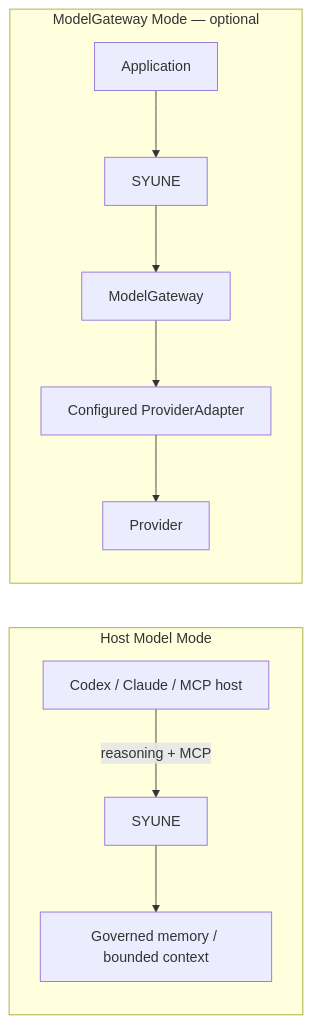
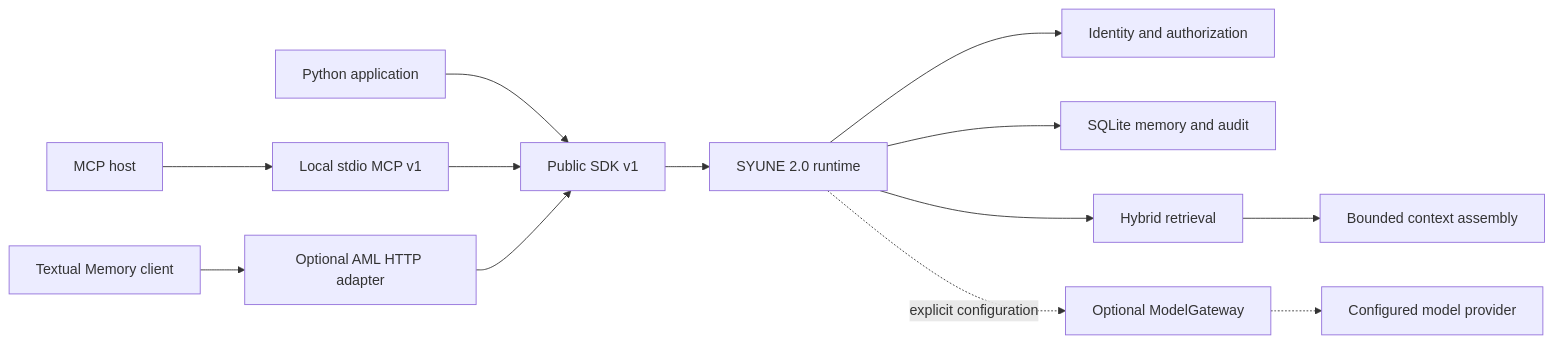
One commit to Npalyan002/Syune-AI changed the diagram in README.md. Above: the diagram before and after it, drawn with Mermaid. The commit also changed other lines of this file and 15 other files, not shown here.

Commit message:
docs: align SYUNE 2.0 architecture and public documentation

````diff
--- a/README.md
+++ b/README.md
@@ -47,13 +49,15 @@
 ```mermaid
 flowchart LR
-  subgraph Host[Host Model Mode]
-    Agent[Codex / Claude / MCP host] -->|reasoning + MCP| Lean[SYUNE]
-    Lean --> Memory[Governed memory / bounded context]
-  end
-  subgraph GatewayMode[ModelGateway Mode — optional]
-    App[Application] --> Runtime[SYUNE]
-    Runtime --> Gateway[ModelGateway]
-    Gateway --> Adapter[Configured ProviderAdapter]
-    Adapter --> Provider[Provider]
-  end
+  Python[Python application] --> SDK[Public SDK v1]
+  Host[MCP host] --> MCP[Local stdio MCP v1]
+  AML[Textual Memory client] --> HTTP[Optional AML HTTP adapter]
+  SDK --> Runtime[SYUNE 2.0 runtime]
+  MCP --> SDK
+  HTTP --> SDK
+  Runtime --> Auth[Identity and authorization]
+  Runtime --> Memory[SQLite memory and audit]
+  Runtime --> Retrieval[Hybrid retrieval]
+  Retrieval --> Context[Bounded context assembly]
+  Runtime -. explicit configuration .-> Gateway[Optional ModelGateway]
+  Gateway -.-> Provider[Configured model provider]
 ```
````
